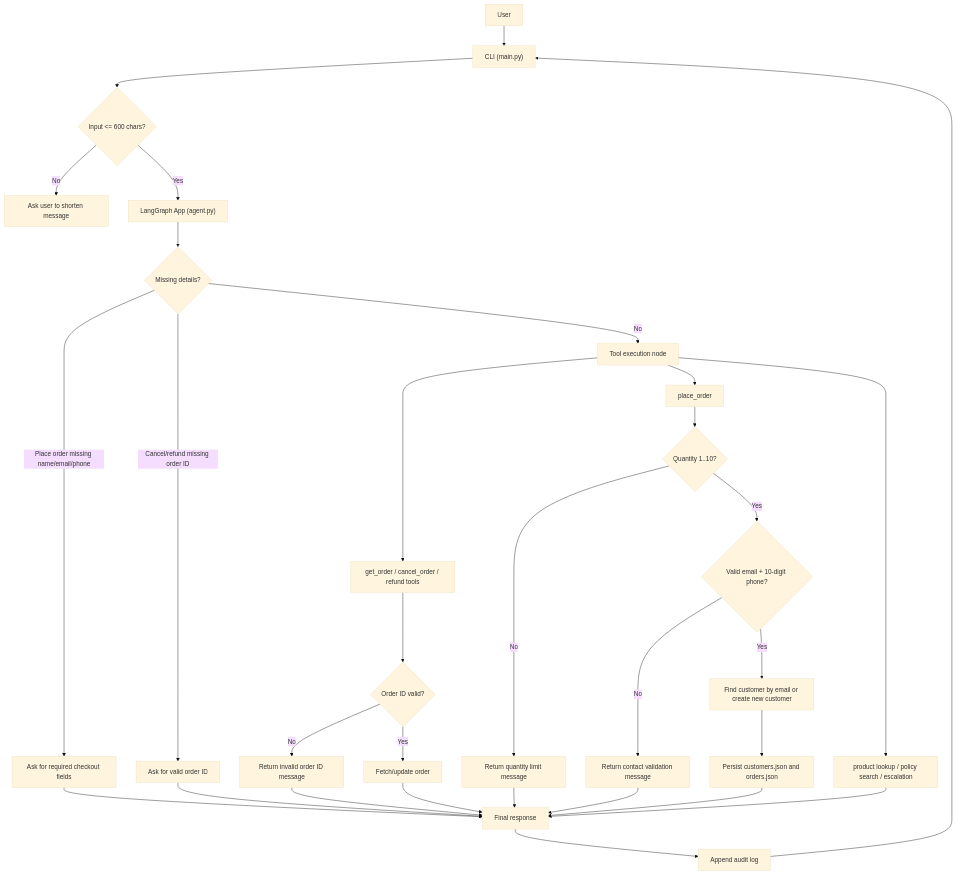
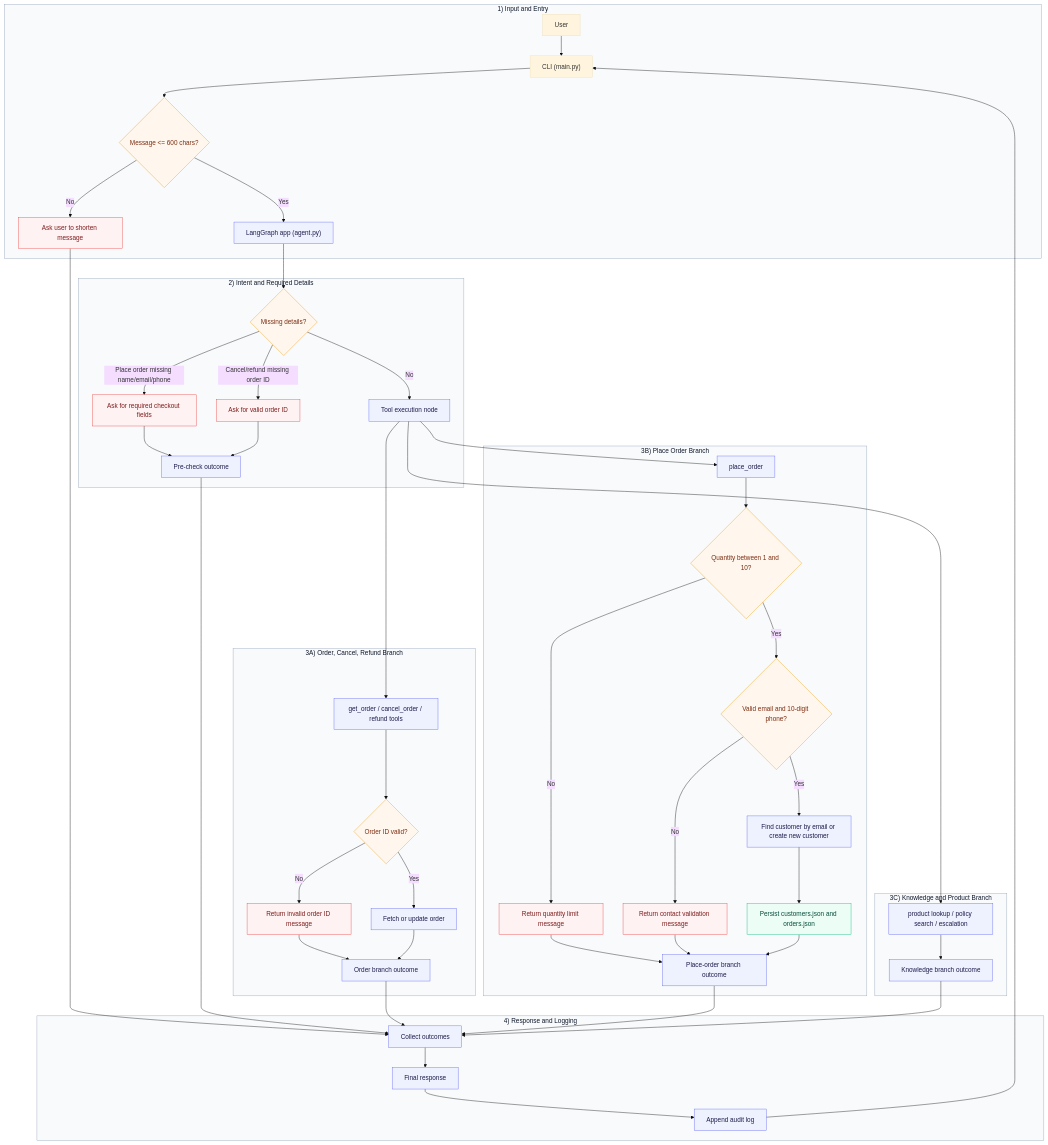
The diagram in architecture.md.mermaid (AdityaTheTechGuy/ShopWaveAgent-Hackathon26), drawn with Mermaid before and after one commit. The commit also changed 3 other files, not shown here.

Commit message:
Updated Architecture

```diff
--- a/architecture.md.mermaid
+++ b/architecture.md.mermaid
@@ -1,38 +1,67 @@
 %%{init: {'theme': 'base'}}%%
-flowchart TD
-    User["User"] --> CLI["CLI (main.py)"]
-    CLI --> InputGuard{"Input <= 600 chars?"}
-    InputGuard -- "No" --> PromptShort["Ask user to shorten message"]
-    InputGuard -- "Yes" --> Graph["LangGraph App (agent.py)"]
+flowchart TB
+    subgraph Entry["1) Input and Entry"]
+        User["User"] --> CLI["CLI (main.py)"]
+        CLI --> InputGuard{"Message <= 600 chars?"}
+        InputGuard -- "No" --> PromptShort["Ask user to shorten message"]
+        InputGuard -- "Yes" --> Graph["LangGraph app (agent.py)"]
+    end
 
-    Graph --> IntentCheck{"Missing details?"}
-    IntentCheck -- "Place order missing name/email/phone" --> AskCheckout["Ask for required checkout fields"]
-    IntentCheck -- "Cancel/refund missing order ID" --> AskOrderId["Ask for valid order ID"]
-    IntentCheck -- "No" --> ToolNode["Tool execution node"]
+    subgraph PreCheck["2) Intent and Required Details"]
+        Graph --> IntentCheck{"Missing details?"}
+        IntentCheck -- "Place order missing name/email/phone" --> AskCheckout["Ask for required checkout fields"]
+        IntentCheck -- "Cancel/refund missing order ID" --> AskOrderId["Ask for valid order ID"]
+        IntentCheck -- "No" --> ToolNode["Tool execution node"]
+        AskCheckout --> PrecheckResult["Pre-check outcome"]
+        AskOrderId --> PrecheckResult
+    end
 
-    ToolNode --> OrderTools["get_order / cancel_order / refund tools"]
-    OrderTools --> OrderIdGuard{"Order ID valid?"}
-    OrderIdGuard -- "No" --> IdError["Return invalid order ID message"]
-    OrderIdGuard -- "Yes" --> OrderOps["Fetch/update order"]
+    subgraph OrderBranch["3A) Order, Cancel, Refund Branch"]
+        ToolNode --> OrderTools["get_order / cancel_order / refund tools"]
+        OrderTools --> OrderIdGuard{"Order ID valid?"}
+        OrderIdGuard -- "No" --> IdError["Return invalid order ID message"]
+        OrderIdGuard -- "Yes" --> OrderOps["Fetch or update order"]
+        IdError --> OrderResult["Order branch outcome"]
+        OrderOps --> OrderResult
+    end
 
-    ToolNode --> PlaceOrder["place_order"]
-    PlaceOrder --> QtyGuard{"Quantity 1..10?"}
-    QtyGuard -- "No" --> QtyError["Return quantity limit message"]
-    QtyGuard -- "Yes" --> ContactGuard{"Valid email + 10-digit phone?"}
-    ContactGuard -- "No" --> ContactError["Return contact validation message"]
-    ContactGuard -- "Yes" --> CustomerFlow["Find customer by email or create new customer"]
-    CustomerFlow --> Persist["Persist customers.json and orders.json"]
+    subgraph PlaceBranch["3B) Place Order Branch"]
+        ToolNode --> PlaceOrder["place_order"]
+        PlaceOrder --> QtyGuard{"Quantity between 1 and 10?"}
+        QtyGuard -- "No" --> QtyError["Return quantity limit message"]
+        QtyGuard -- "Yes" --> ContactGuard{"Valid email and 10-digit phone?"}
+        ContactGuard -- "No" --> ContactError["Return contact validation message"]
+        ContactGuard -- "Yes" --> CustomerFlow["Find customer by email or create new customer"]
+        CustomerFlow --> Persist["Persist customers.json and orders.json"]
+        QtyError --> PlaceResult["Place-order branch outcome"]
+        ContactError --> PlaceResult
+        Persist --> PlaceResult
+    end
 
-    ToolNode --> OtherTools["product lookup / policy search / escalation"]
+    subgraph KnowledgeBranch["3C) Knowledge and Product Branch"]
+        ToolNode --> OtherTools["product lookup / policy search / escalation"]
+        OtherTools --> KnowledgeResult["Knowledge branch outcome"]
+    end
 
-    AskCheckout --> Response["Final response"]
-    AskOrderId --> Response
-    IdError --> Response
-    QtyError --> Response
-    ContactError --> Response
-    OrderOps --> Response
-    Persist --> Response
-    OtherTools --> Response
+    subgraph Exit["4) Response and Logging"]
+        PromptShort --> Gather["Collect outcomes"]
+        PrecheckResult --> Gather
+        OrderResult --> Gather
+        PlaceResult --> Gather
+        KnowledgeResult --> Gather
+        Gather --> Response["Final response"]
+        Response --> Audit["Append audit log"]
+        Audit --> CLI
+    end
 
-    Response --> Audit["Append audit log"]
-    Audit --> CLI
+    classDef stage fill:#f8fafc,stroke:#94a3b8,color:#0f172a,stroke-width:1px;
+    classDef guard fill:#fff7ed,stroke:#f59e0b,color:#7c2d12,stroke-width:1px;
+    classDef action fill:#eef2ff,stroke:#6366f1,color:#1e1b4b,stroke-width:1px;
+    classDef data fill:#ecfdf5,stroke:#10b981,color:#064e3b,stroke-width:1px;
+    classDef warn fill:#fef2f2,stroke:#ef4444,color:#7f1d1d,stroke-width:1px;
+
+    class Entry,PreCheck,OrderBranch,PlaceBranch,KnowledgeBranch,Exit stage;
+    class InputGuard,IntentCheck,OrderIdGuard,QtyGuard,ContactGuard guard;
+    class Graph,ToolNode,OrderTools,PlaceOrder,OtherTools,OrderOps,CustomerFlow,PrecheckResult,OrderResult,PlaceResult,KnowledgeResult,Gather,Response,Audit action;
+    class Persist data;
+    class PromptShort,AskCheckout,AskOrderId,IdError,QtyError,ContactError warn;
```
